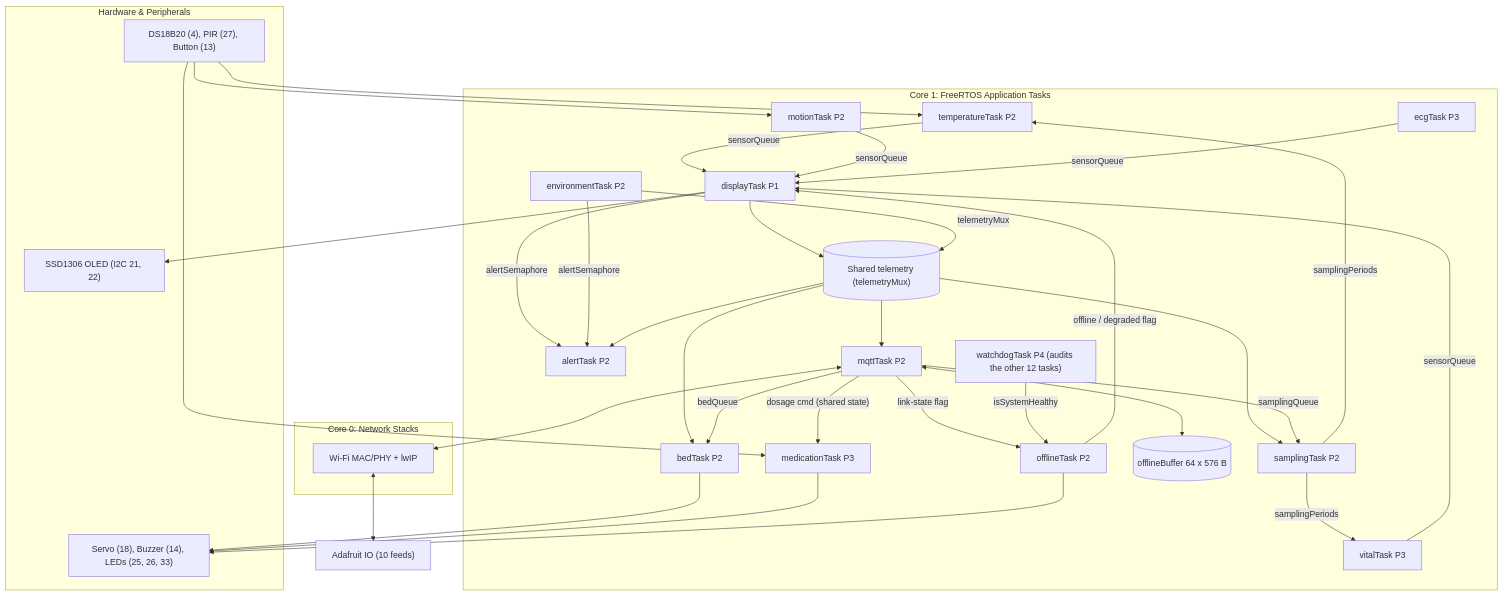
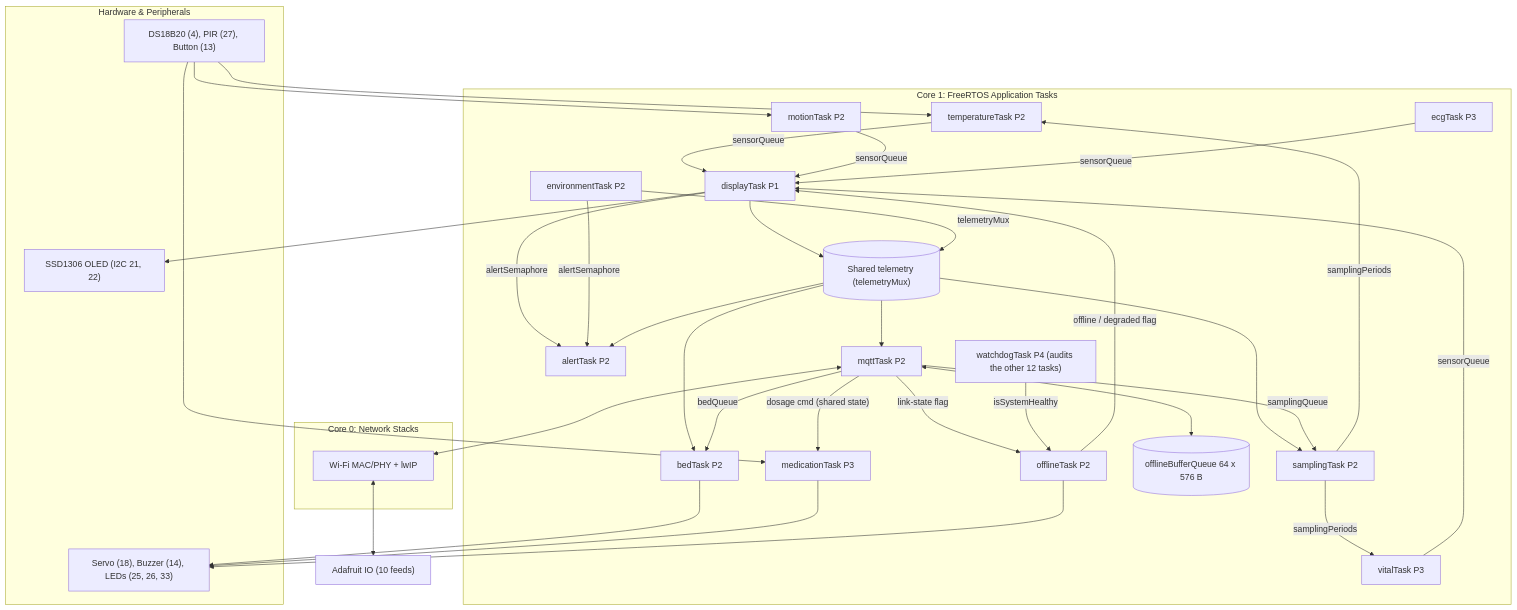
Before and after one commit to iamsayanghosh/Smart-Hospital-IoT: the diagram in README.md, drawn with Mermaid. The commit also changed other lines of this file and 27 other files, not shown here.

````diff
--- a/README.md
+++ b/README.md
@@ -28,47 +28,47 @@
 ```mermaid
 graph TD
     subgraph HW["Hardware & Peripherals"]
         HW_SENS["DS18B20 (4), PIR (27), Button (13)"]
         HW_OLED["SSD1306 OLED (I2C 21, 22)"]
         HW_ACT["Servo (18), Buzzer (14), LEDs (25, 26, 33)"]
     end
     subgraph C1["Core 1: FreeRTOS Application Tasks"]
         TEMP["temperatureTask P2"]
         MOT["motionTask P2"]
         VIT["vitalTask P3"]
         ECG["ecgTask P3"]
         ENV["environmentTask P2"]
         DISP["displayTask P1"]
         TEL[("Shared telemetry (telemetryMux)")]
         SAMP["samplingTask P2"]
         ALERT["alertTask P2"]
         BED["bedTask P2"]
         MED["medicationTask P3"]
         MQTT["mqttTask P2"]
-        BUF[("offlineBuffer 64 x 576 B")]
+        BUF[("offlineBufferQueue 64 x 576 B")]
         OFF["offlineTask P2"]
         WDT["watchdogTask P4 (audits the other 12 tasks)"]
     end
     subgraph C0["Core 0: Network Stacks"]
         NET["Wi-Fi MAC/PHY + lwIP"]
     end
     CLOUD["Adafruit IO (10 feeds)"]
     HW_SENS --> TEMP & MOT & MED
     TEMP & MOT & VIT & ECG -->|sensorQueue| DISP
     DISP --> TEL
     ENV -->|telemetryMux| TEL
     DISP & ENV -->|alertSemaphore| ALERT
     DISP --> HW_OLED
     TEL --> BED & SAMP & ALERT & MQTT
     SAMP -->|samplingPeriods| TEMP & VIT
     MQTT -->|samplingQueue| SAMP
     MQTT -->|bedQueue| BED
     MQTT -->|"dosage cmd (shared state)"| MED
     MQTT <--> BUF
     MQTT -->|link-state flag| OFF
     WDT -->|isSystemHealthy| OFF
     OFF -->|"offline / degraded flag"| DISP
     BED & MED & OFF --> HW_ACT
     MQTT <--> NET
     NET <--> CLOUD
 ```
````
